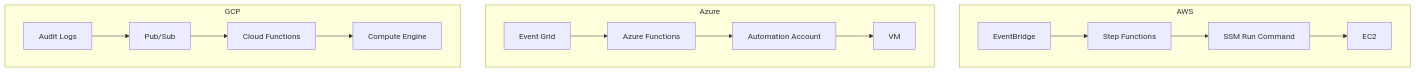
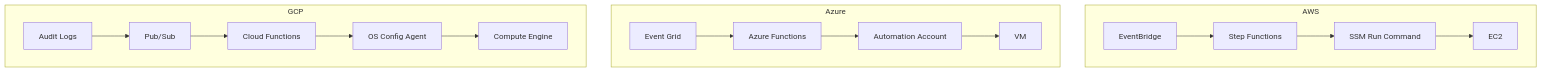
Before and after one commit to nelssec/qualys-ssm: the second of 16 diagrams in docs/technical-blog.md, drawn with Mermaid. The commit also changed other lines of this file and 1 other file, not shown here.

Commit message:
Add OS Config agent support for GCP VM scanning

````diff
--- a/docs/technical-blog.md
+++ b/docs/technical-blog.md
@@ -39,20 +39,21 @@
 ```mermaid
 flowchart TB
     subgraph AWS
         EB["EventBridge"] --> SF["Step Functions"]
         SF --> SSM["SSM Run Command"]
         SSM --> EC2["EC2"]
     end
 
     subgraph Azure
         EG["Event Grid"] --> AF["Azure Functions"]
         AF --> AA["Automation Account"]
         AA --> AVM["VM"]
     end
 
     subgraph GCP
         AL["Audit Logs"] --> PS["Pub/Sub"]
         PS --> CF["Cloud Functions"]
-        CF --> GCE["Compute Engine"]
+        CF --> OSC["OS Config Agent"]
+        OSC --> GCE["Compute Engine"]
     end
 ```
````
